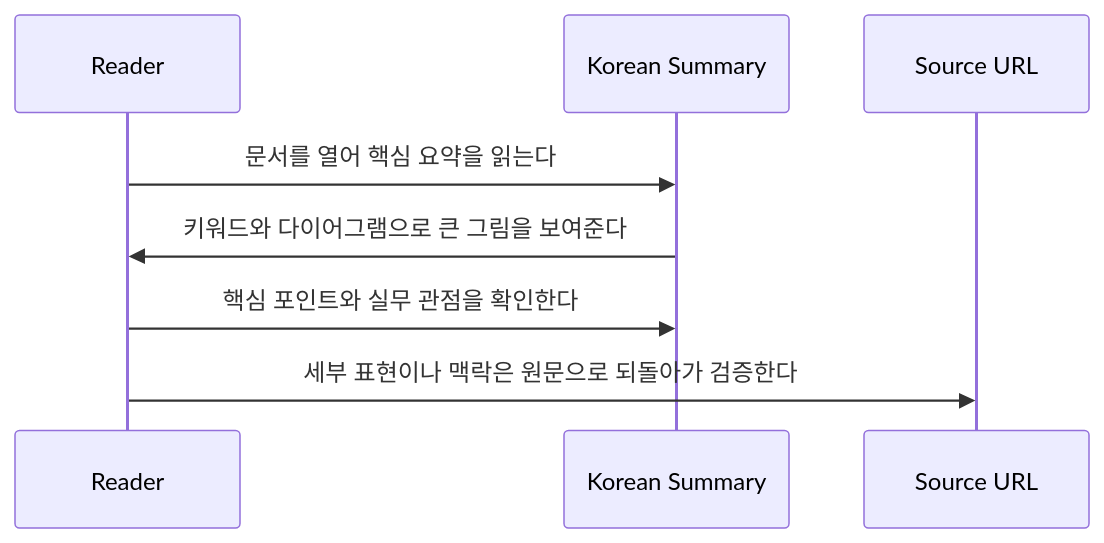
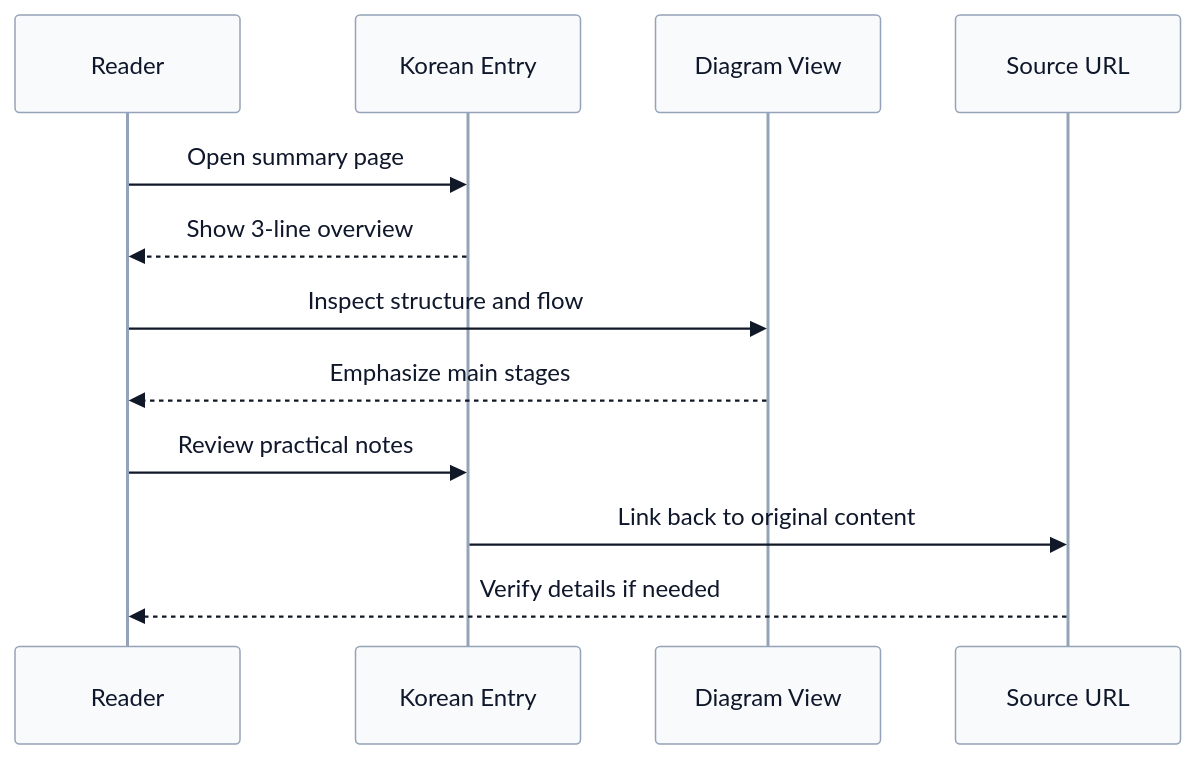
The second of 2 diagrams in docs/githubstudy/generated/example/index.md (seihwanMoon/skillrnd), drawn with Mermaid before and after one commit. The commit also changed other lines of this file and 7 other files, not shown here.

````diff
--- a/docs/githubstudy/generated/example/index.md
+++ b/docs/githubstudy/generated/example/index.md
@@ -79,10 +93,15 @@
 ```mermaid
+%%{init: {'theme':'base','themeVariables': {'primaryColor':'#ede9fe','primaryTextColor':'#0f172a','primaryBorderColor':'#7c3aed','lineColor':'#111827','signalColor':'#111827','actorBkg':'#f8fafc','actorBorder':'#94a3b8','activationBkgColor':'#fef3c7','activationBorderColor':'#f59e0b','fontFamily':'Inter, sans-serif'}}}%%
 sequenceDiagram
     participant Reader as Reader
-    participant Entry as Korean Summary
+    participant Entry as Korean Entry
+    participant Diagram as Diagram View
     participant Source as Source URL
-    Reader->>Entry: 문서를 열어 핵심 요약을 읽는다
-    Entry->>Reader: 키워드와 다이어그램으로 큰 그림을 보여준다
-    Reader->>Entry: 핵심 포인트와 실무 관점을 확인한다
-    Reader->>Source: 세부 표현이나 맥락은 원문으로 되돌아가 검증한다
+    Reader->>Entry: Open summary page
+    Entry-->>Reader: Show 3-line overview
+    Reader->>Diagram: Inspect structure and flow
+    Diagram-->>Reader: Emphasize main stages
+    Reader->>Entry: Review practical notes
+    Entry->>Source: Link back to original content
+    Source-->>Reader: Verify details if needed
 ```
````
